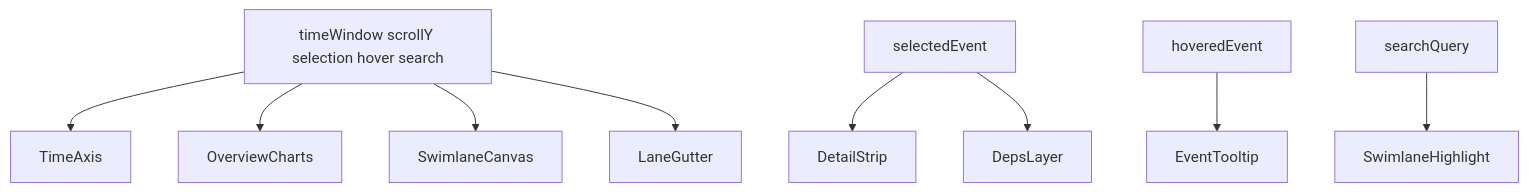
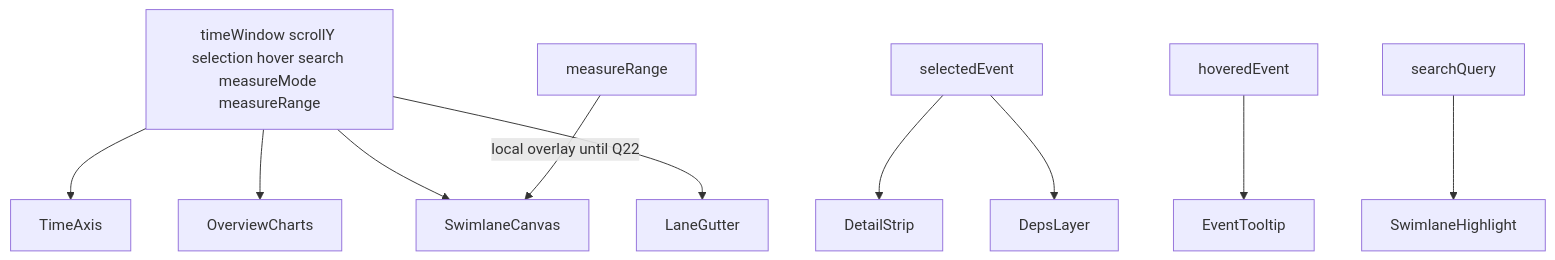
Before and after one commit to IdeFrontend/profiling-report: the diagram in docs/specs/ui/UX_SPEC.md, drawn with Mermaid. The commit also changed other lines of this file and 33 other files, not shown here.

First line of the commit message:
Absorb design changelog into specs and existing timeline UI.

````diff
--- a/docs/specs/ui/UX_SPEC.md
+++ b/docs/specs/ui/UX_SPEC.md
@@ -212,12 +212,13 @@
 ```mermaid
 flowchart TB
-  ViewState["timeWindow scrollY selection hover search"]
+  ViewState["timeWindow scrollY selection hover search measureMode measureRange"]
   ViewState --> TimeAxis
   ViewState --> OverviewCharts
   ViewState --> SwimlaneCanvas
   ViewState --> LaneGutter
   Selection["selectedEvent"] --> DetailStrip
   Selection --> DepsLayer
   Hover["hoveredEvent"] --> EventTooltip
   Search["searchQuery"] --> SwimlaneHighlight
+  Measure["measureRange"] -->|"local overlay until Q22"| SwimlaneCanvas
 ```
````
